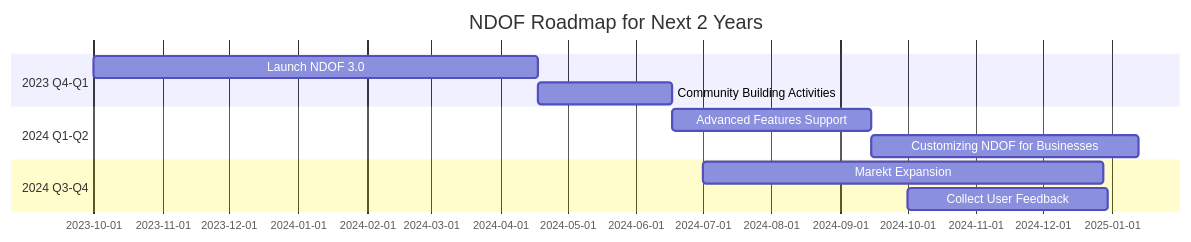
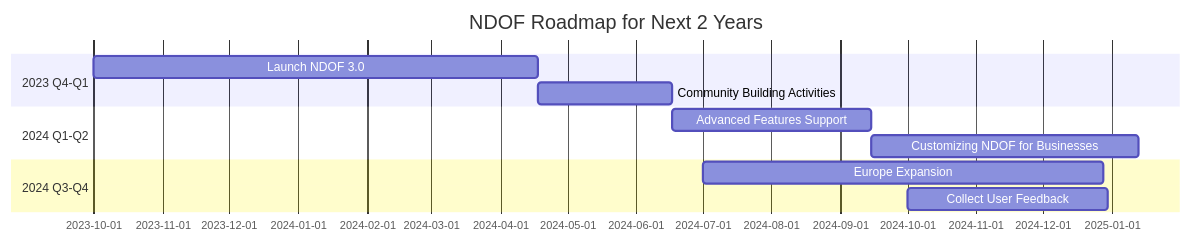
One commit to ndof-org/roadmap changed the diagram in README.md. Above: the diagram before and after it, drawn with Mermaid.

````diff
--- a/README.md
+++ b/README.md
@@ -3,18 +3,17 @@
 ```mermaid
 gantt
     dateFormat YYYY-MM-DD
-    title NDOF Roadmap for Next 2 Years
-    
+    title NDOF Roadmap for Next 2 Years    
     
     section 2023 Q4-Q1
     Launch NDOF 3.0 :a1, 2023-10-01, 200d
     Community Building Activities :a2, after a1, 60d
     
     section 2024 Q1-Q2
     Advanced Features Support :a3, after a2, 90d
     Customizing NDOF for Businesses :a4, after a3, 120d
     
     section 2024 Q3-Q4
-    Marekt Expansion :a5, 2024-07-01, 180d
+    Europe Expansion :a5, 2024-07-01, 180d
     Collect User Feedback :a6, 2024-10-01, 90d
 ```
````
